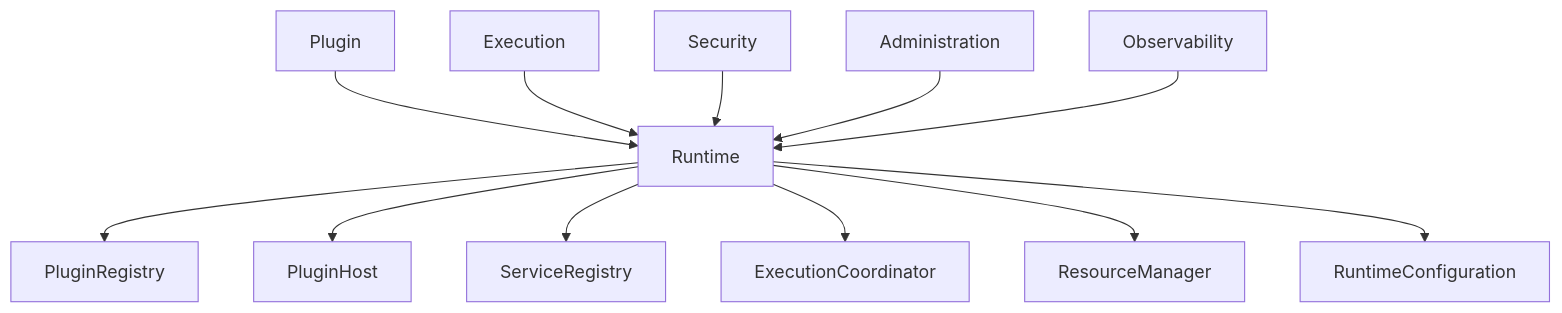
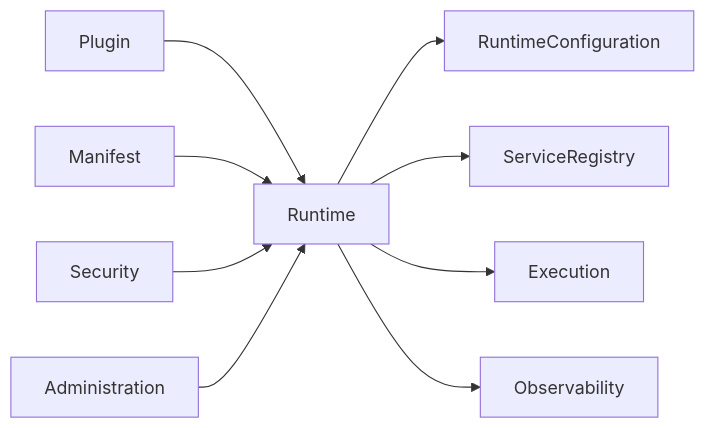
The diagram in docs/domain/DM-300 Runtime Domain.md (leNam199320xx/web-extension-solution), drawn with Mermaid before and after one commit. The commit also changed other lines of this file, not shown here.

Commit message:
Update DM-300 Runtime Domain.md

````diff
--- a/docs/domain/DM-300 Runtime Domain.md
+++ b/docs/domain/DM-300 Runtime Domain.md
@@ -263,27 +245,20 @@
 ```mermaid
-flowchart TD
+flowchart LR
 
 Runtime
 
-Runtime --> PluginRegistry
-
-Runtime --> PluginHost
-
+Runtime --> RuntimeConfiguration
 Runtime --> ServiceRegistry
-
-Runtime --> ExecutionCoordinator
-
-Runtime --> ResourceManager
-
-Runtime --> RuntimeConfiguration
 
 Plugin --> Runtime
 
-Execution --> Runtime
+Manifest --> Runtime
+
+Runtime --> Execution
 
 Security --> Runtime
 
 Administration --> Runtime
 
-Observability --> Runtime
+Runtime --> Observability
 ```
````
